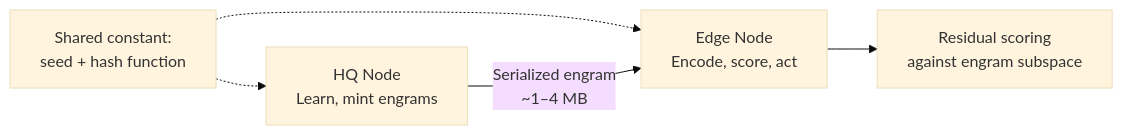
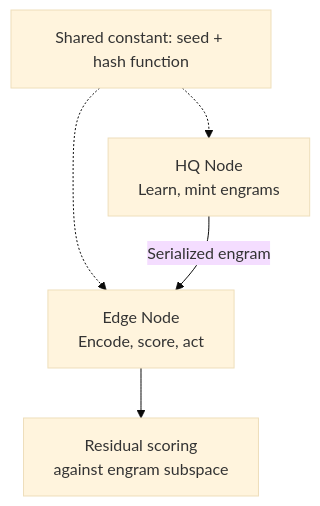
One commit to watmin/algebraic-intelligence.dev changed the diagram in src/content/docs/blog/primers/series-1-004-coordination-free.md. Above: the diagram before and after it, drawn with Mermaid (base theme).

Commit message:
fix: switch HQ/Edge diagram back to top-down layout

````diff
--- a/src/content/docs/blog/primers/series-1-004-coordination-free.md
+++ b/src/content/docs/blog/primers/series-1-004-coordination-free.md
@@ -61,12 +61,8 @@
 ```mermaid
-graph LR
-    Hash["Shared constant:<br>seed + hash function"]
-    HQ["HQ Node<br>Learn, mint engrams"]
-    Edge["Edge Node<br>Encode, score, act"]
-    Score["Residual scoring<br>against engram subspace"]
-
-    Hash -.-> HQ
-    Hash -.-> Edge
-    HQ -->|"Serialized engram<br>~1–4 MB"| Edge
-    Edge --> Score
+graph TD
+    Hash["Shared constant: seed + hash function"]
+    Hash -.-> HQ["HQ Node<br>Learn, mint engrams"]
+    Hash -.-> Edge["Edge Node<br>Encode, score, act"]
+    HQ -->|"Serialized engram"| Edge
+    Edge --> Score["Residual scoring<br>against engram subspace"]
 ```
````
